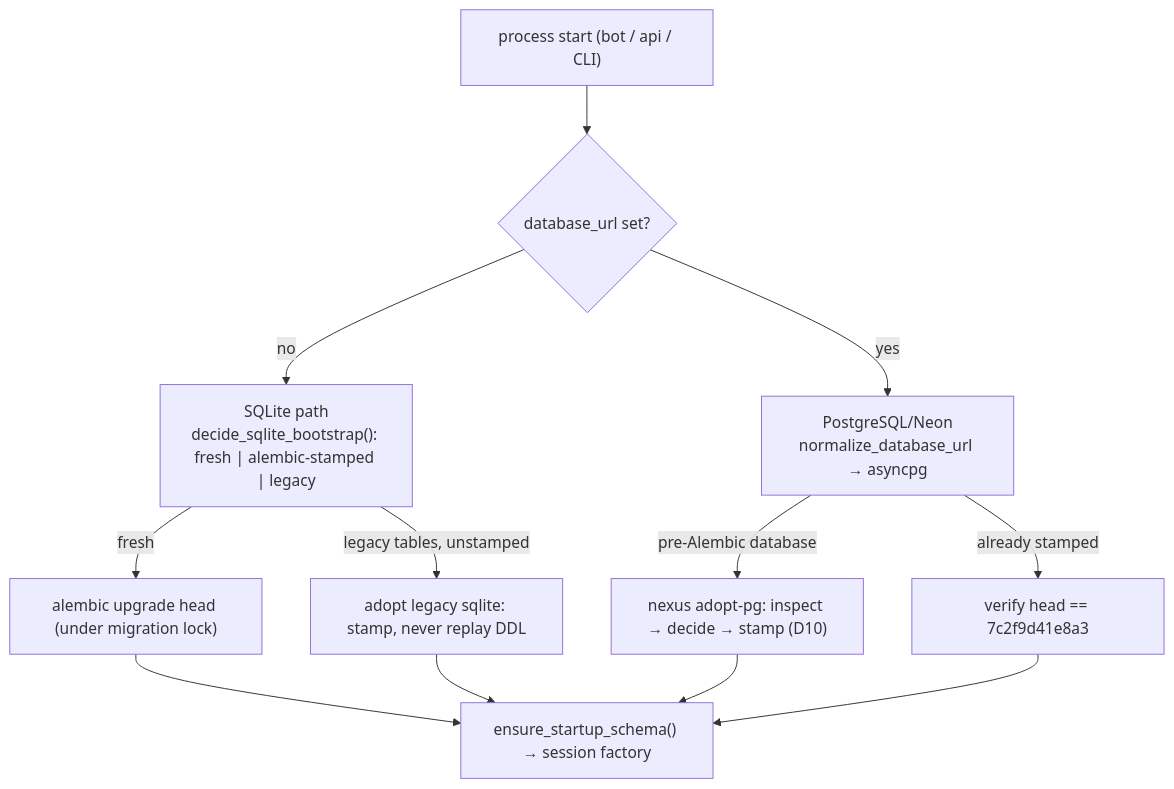
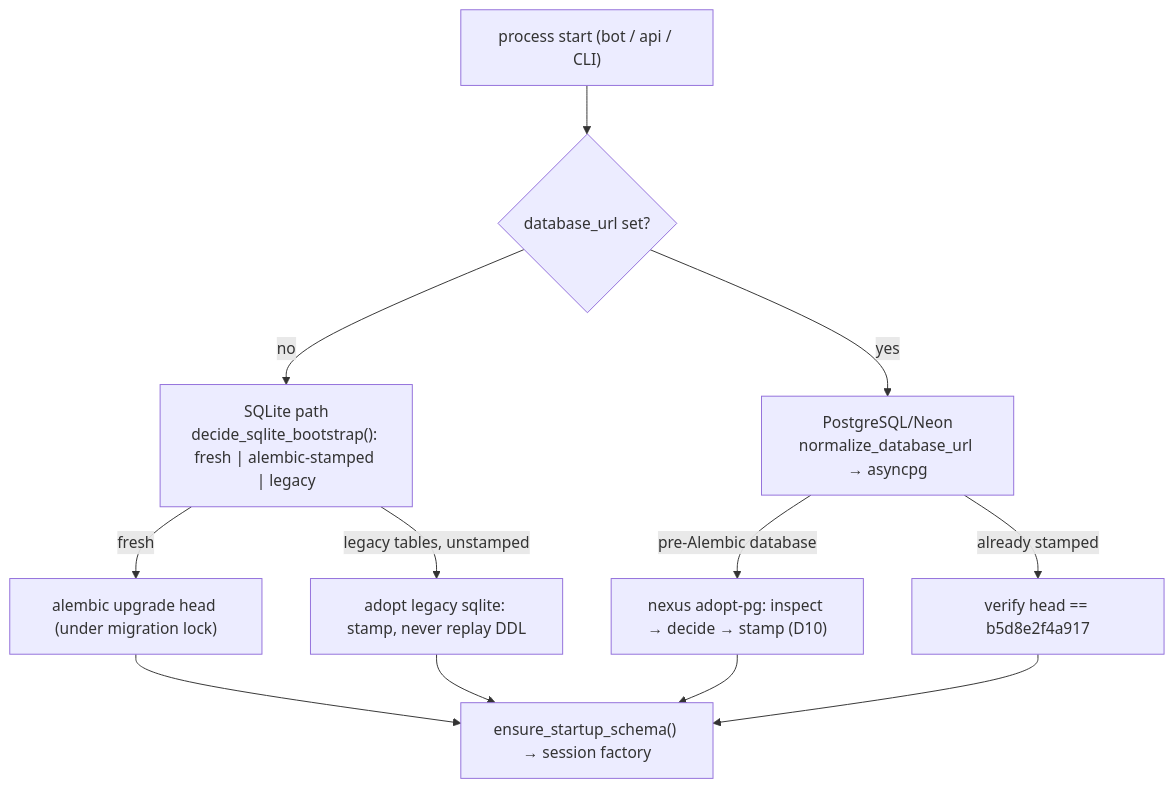
One commit to bot523h/nexus-ai-agent changed the fifth of 6 diagrams in docs/architecture/RUNTIME_FLOWS.md. Above: the diagram before and after it, drawn with Mermaid. The commit also changed other lines of this file and 18 other files, not shown here.

````diff
--- a/docs/architecture/RUNTIME_FLOWS.md
+++ b/docs/architecture/RUNTIME_FLOWS.md
@@ -158,14 +158,14 @@
 ```mermaid
 flowchart TD
     start["process start (bot / api / CLI)"] --> decide{"database_url set?"}
     decide -->|no| sqlite["SQLite path<br/>decide_sqlite_bootstrap(): fresh | alembic-stamped | legacy"]
     decide -->|yes| pg["PostgreSQL/Neon<br/>normalize_database_url → asyncpg"]
     sqlite -->|fresh| up["alembic upgrade head (under migration lock)"]
     sqlite -->|legacy tables, unstamped| adopt["adopt legacy sqlite: stamp, never replay DDL"]
     pg -->|pre-Alembic database| adoptpg["nexus adopt-pg: inspect → decide → stamp (D10)"]
-    pg -->|already stamped| head["verify head == 7c2f9d41e8a3"]
+    pg -->|already stamped| head["verify head == b5d8e2f4a917"]
     up --> ready["ensure_startup_schema() → session factory"]
     adopt --> ready
     adoptpg --> ready
     head --> ready
 ```
````
